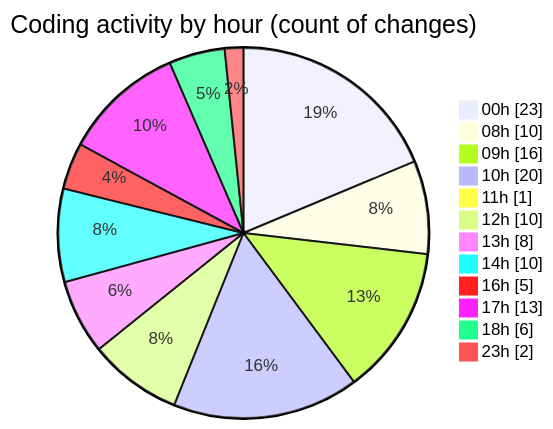
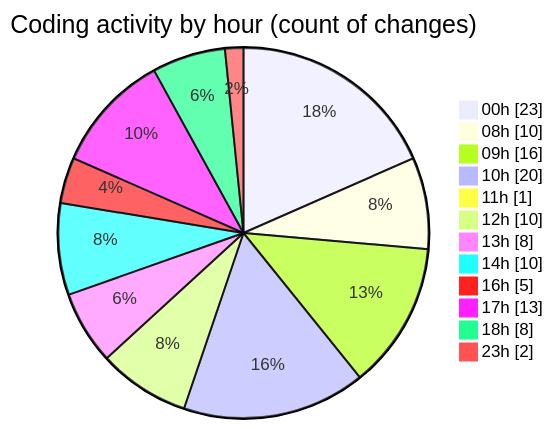
Before and after one commit to Elitesun/code-tracking: the second of 2 diagrams in 2025-05-29/advertise/README.md, drawn with Mermaid. The commit also changed other lines of this file and 1 other file, not shown here.

````diff
--- a/2025-05-29/advertise/README.md
+++ b/2025-05-29/advertise/README.md
@@ -44,16 +44,16 @@
 ```mermaid
 pie showData
 title Coding activity by hour (count of changes)
 "00h" : 23
 "08h" : 10
 "09h" : 16
 "10h" : 20
 "11h" : 1
 "12h" : 10
 "13h" : 8
 "14h" : 10
 "16h" : 5
 "17h" : 13
-"18h" : 6
+"18h" : 8
 "23h" : 2
 ```
````
